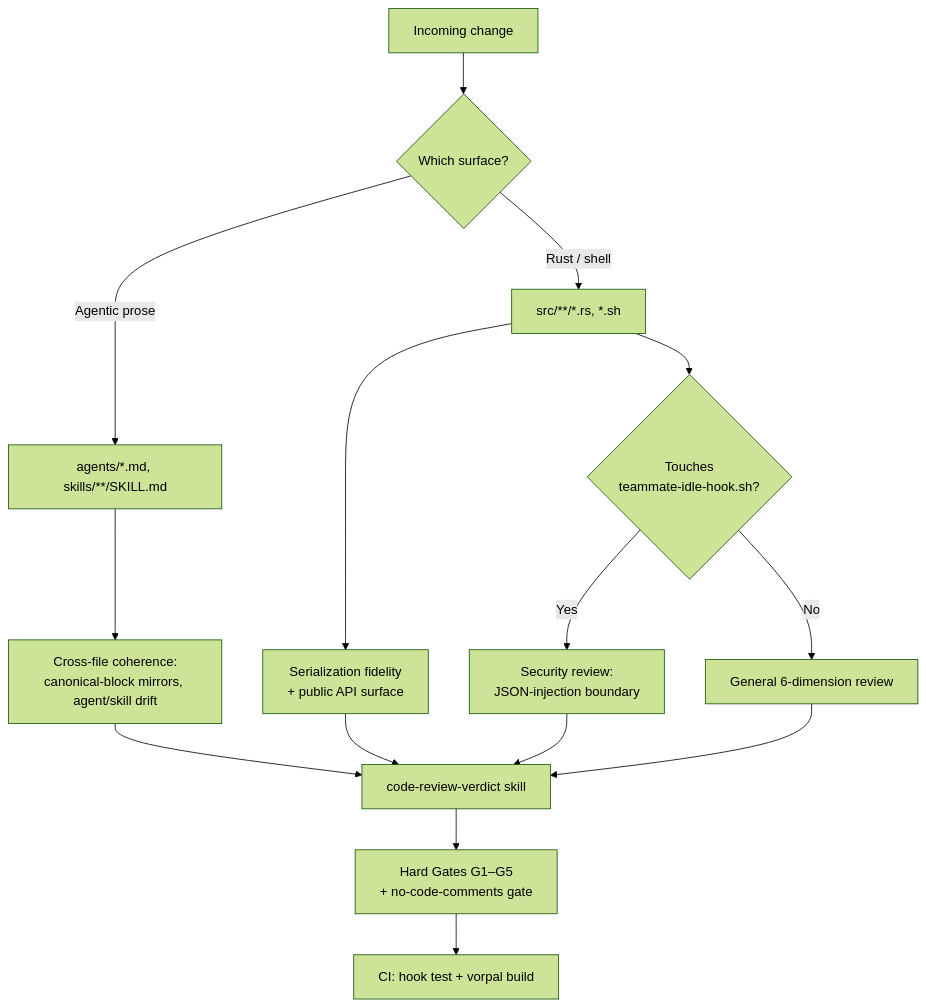
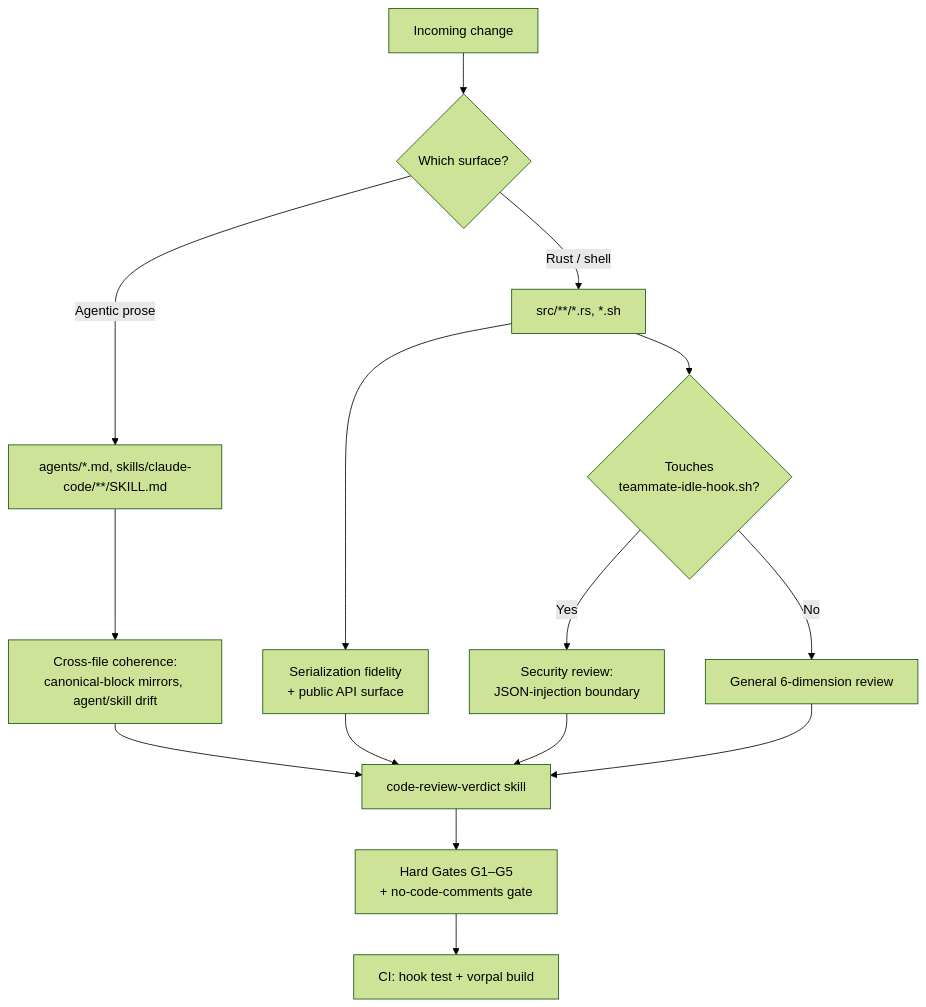
Before and after one commit to ALT-F4-LLC/dotfiles.vorpal: the diagram in docs/spec/review-strategy.md, drawn with Mermaid (forest theme). The commit also changed other lines of this file and 25 other files, not shown here.

Commit message:
refactor: move claude code skills under namespace

````diff
--- a/docs/spec/review-strategy.md
+++ b/docs/spec/review-strategy.md
@@ -26,19 +26,19 @@
 ```mermaid
 flowchart TD
     Change[Incoming change] --> Triage{Which surface?}
-    Triage -->|Agentic prose| Prose[agents/*.md, skills/**/SKILL.md]
+    Triage -->|Agentic prose| Prose[agents/*.md, skills/claude-code/**/SKILL.md]
     Triage -->|Rust / shell| Code[src/**/*.rs, *.sh]
 
     Prose --> Coherence[Cross-file coherence:\ncanonical-block mirrors, agent/skill drift]
     Code --> Serde[Serialization fidelity\n+ public API surface]
     Code --> Hook{Touches\nteammate-idle-hook.sh?}
     Hook -->|Yes| Sec[Security review:\nJSON-injection boundary]
     Hook -->|No| Gen[General 6-dimension review]
 
     Coherence --> Verdict[code-review-verdict skill]
     Serde --> Verdict
     Sec --> Verdict
     Gen --> Verdict
     Verdict --> Gates[Hard Gates G1–G5\n+ no-code-comments gate]
     Gates --> CI[CI: hook test + vorpal build]
 ```
````
